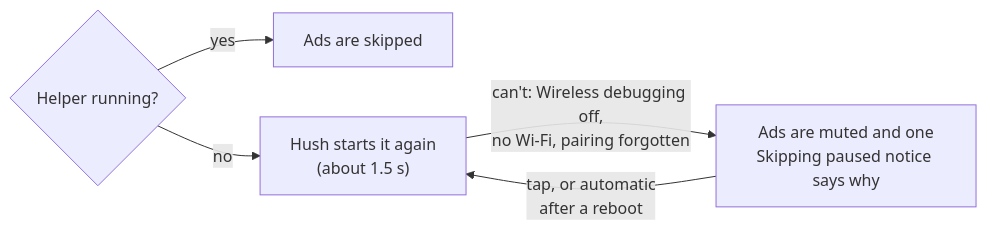
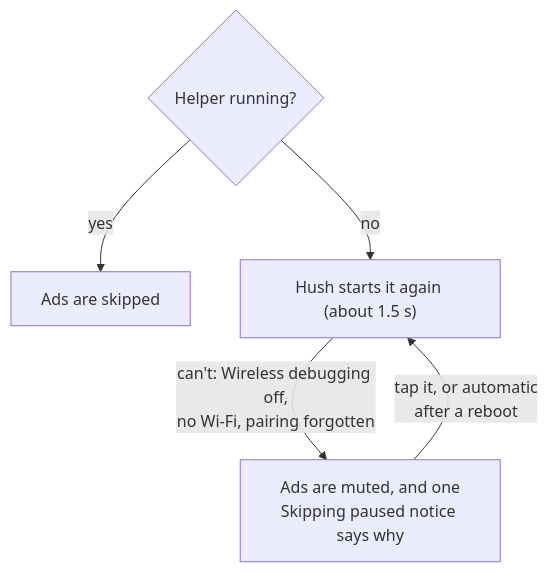
The third of 3 diagrams in README.md (coldMEW/Hush), drawn with Mermaid before and after one commit. The commit also changed other lines of this file, not shown here.

Commit message:
README: tidy the diagrams

````diff
--- a/README.md
+++ b/README.md
@@ -82,7 +81,7 @@
 ```mermaid
-flowchart LR
+flowchart TD
     X{"Helper running?"} -->|yes| S["Ads are skipped"]
-    X -->|no| R["Hush starts it again<br/>(about 1.5 s)"]
-    R -->|"can't: Wireless debugging off,<br/>no Wi-Fi, pairing forgotten"| M["Ads are muted and one<br/>Skipping paused notice says why"]
-    M -->|"tap, or automatic<br/>after a reboot"| R
+    X -->|no| R["Hush starts it again (about 1.5 s)"]
+    R -->|"can't: Wireless debugging off,<br/>no Wi-Fi, pairing forgotten"| M["Ads are muted, and one<br/>Skipping paused notice says why"]
+    M -->|"tap it, or automatic<br/>after a reboot"| R
 ```
````
